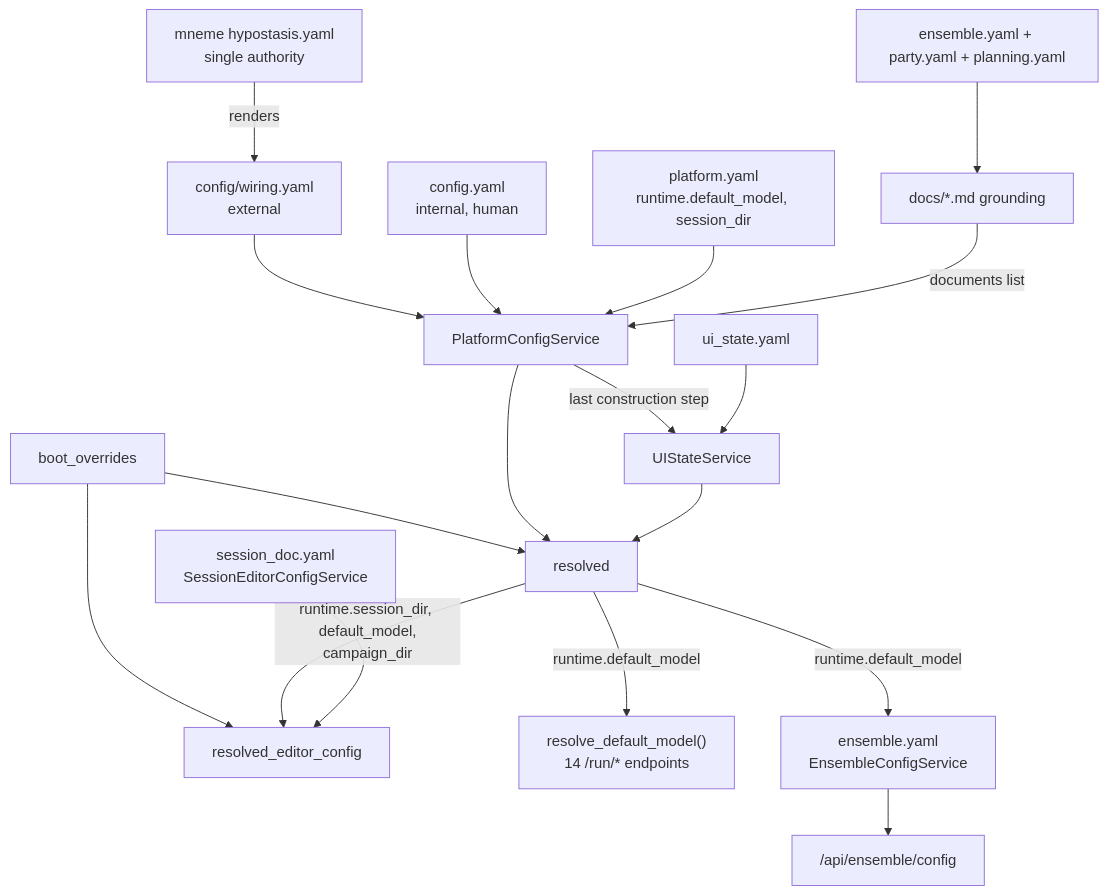
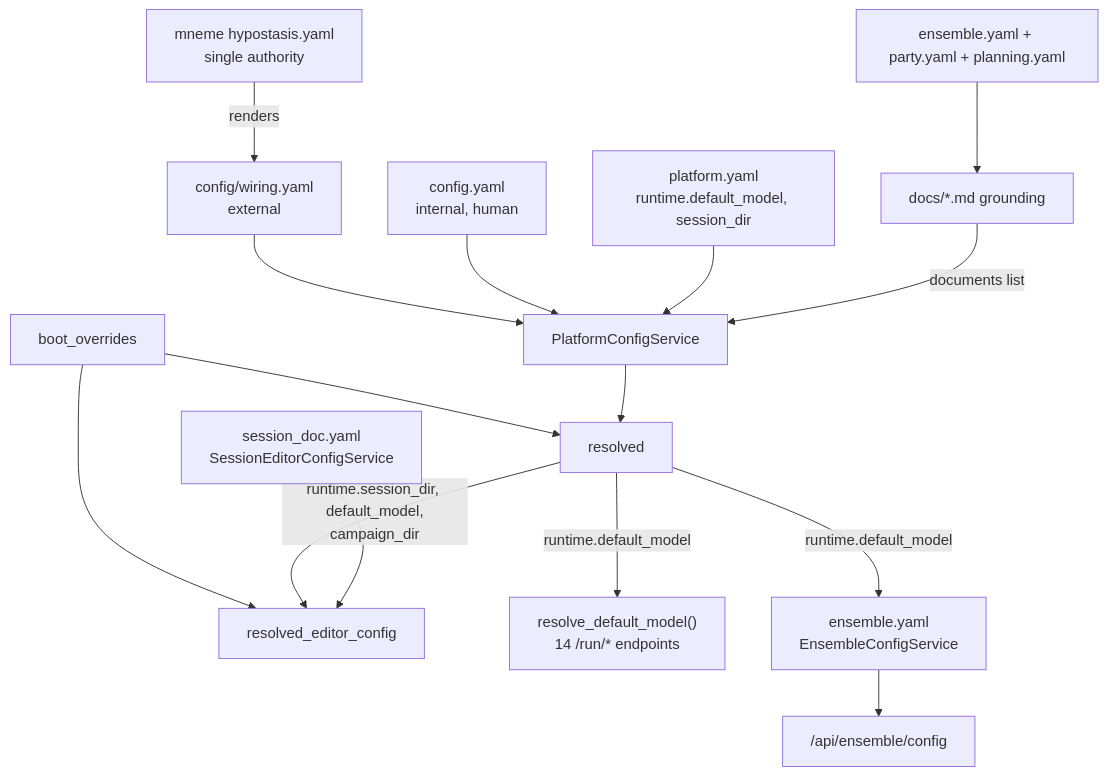
The diagram in docs/config/master.md (kostadis/CampaignGenerator), drawn with Mermaid before and after one commit. The commit also changed other lines of this file and 13 other files, not shown here.

````diff
--- a/docs/config/master.md
+++ b/docs/config/master.md
@@ -9,20 +9,17 @@
 ```mermaid
 flowchart TB
   HY["mneme hypostasis.yaml<br/>single authority"] -->|renders| WI["config/wiring.yaml<br/>external"]
   WI --> PLAT
   CY["config.yaml<br/>internal, human"] --> PLAT[PlatformConfigService]
   PY["platform.yaml<br/>runtime.default_model, session_dir"] --> PLAT
-  PLAT -->|last construction step| UIS[UIStateService]
-  US[ui_state.yaml] --> UIS
   BO[boot_overrides] --> RES[resolved]
   PLAT --> RES
-  UIS --> RES
   BO --> RESE[resolved_editor_config]
   RES -->|runtime.session_dir, default_model,<br/>campaign_dir| RESE
   SD["session_doc.yaml<br/>SessionEditorConfigService"] --> RESE
   RES -->|runtime.default_model| RDM["resolve_default_model()<br/>14 /run/* endpoints"]
   ENS["ensemble.yaml<br/>EnsembleConfigService"] --> RESE2["/api/ensemble/config"]
   RES -->|runtime.default_model| ENS
   UIE["ensemble.yaml + party.yaml + planning.yaml"] --> GD["docs/*.md grounding"]
   GD -->|documents list| PLAT
 ```
````
